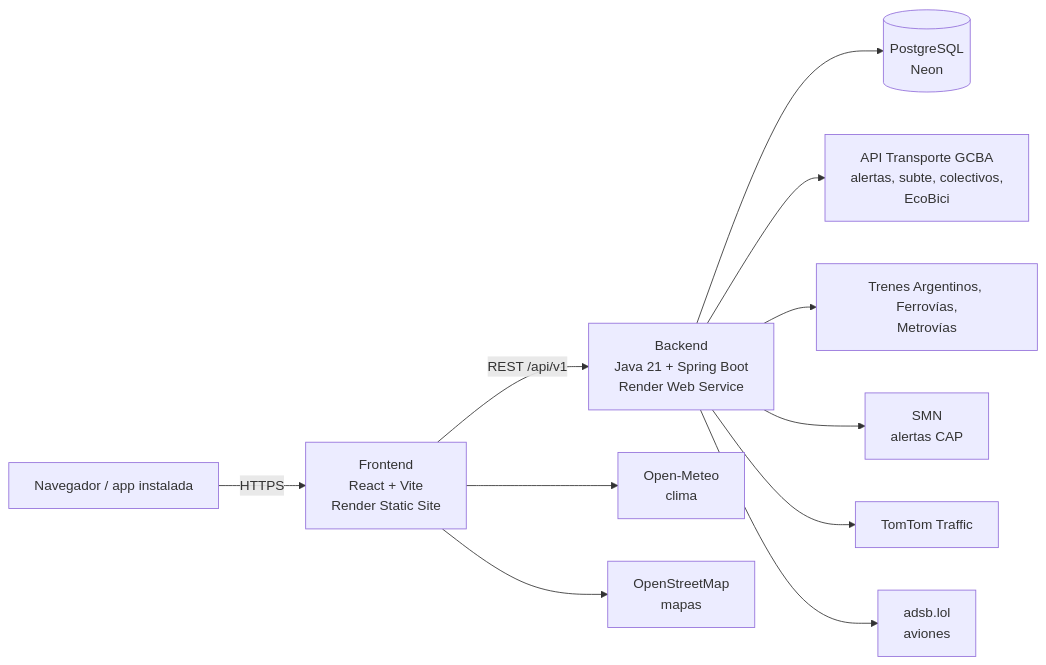
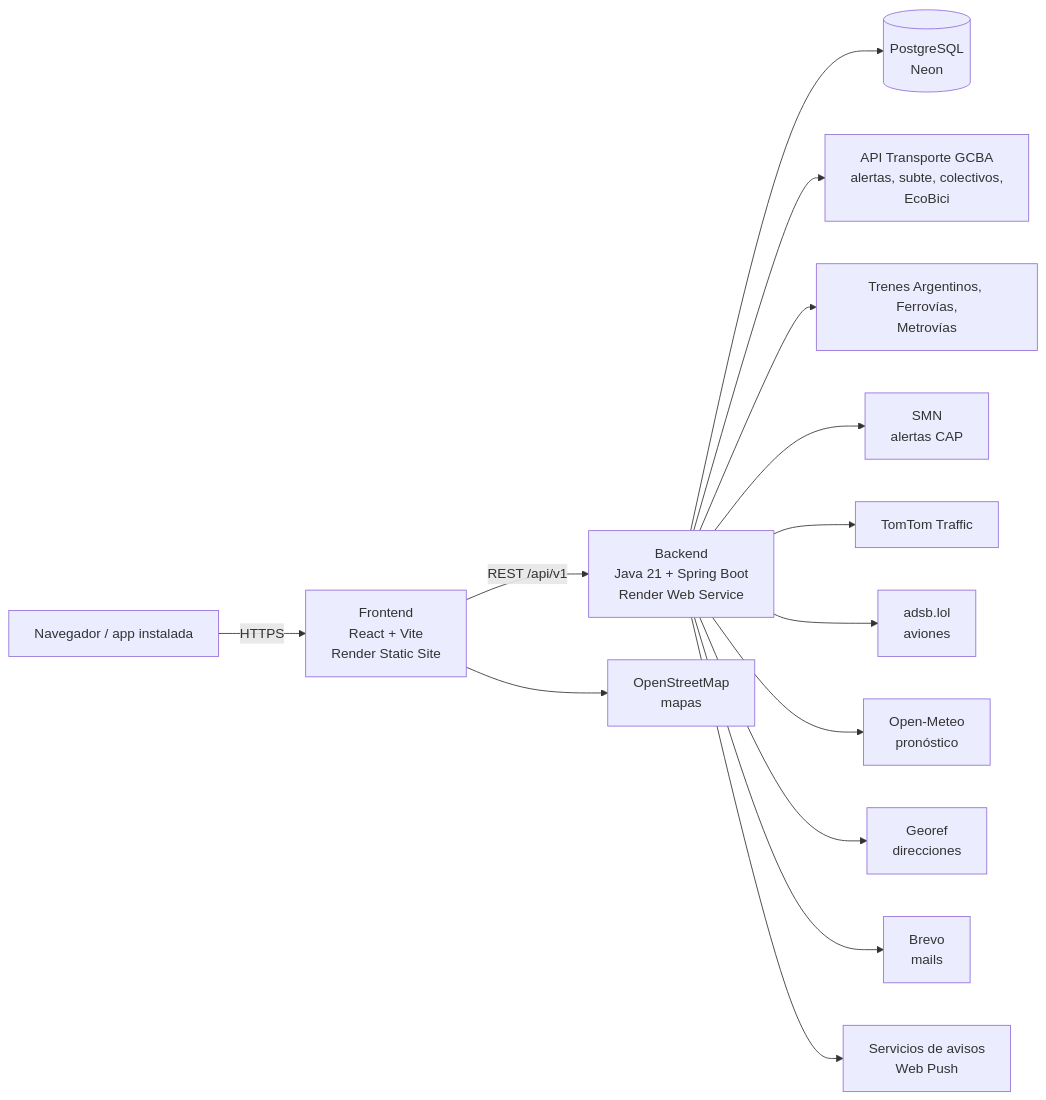
One commit to guilleguevara245/ba-transit changed the diagram in README.md. Above: the diagram before and after it, drawn with Mermaid. The commit also changed other lines of this file and 1 other file, not shown here.

````diff
--- a/README.md
+++ b/README.md
@@ -97,13 +99,16 @@
 ```mermaid
 flowchart LR
     U[Navegador / app instalada] -->|HTTPS| F[Frontend<br>React + Vite<br>Render Static Site]
     F -->|REST /api/v1| B[Backend<br>Java 21 + Spring Boot<br>Render Web Service]
     B --> DB[(PostgreSQL<br>Neon)]
     B --> T[API Transporte GCBA<br>alertas, subte, colectivos,<br>EcoBici]
     B --> TR[Trenes Argentinos, Ferrovías,<br>Metrovías]
     B --> SMN[SMN<br>alertas CAP]
     B --> TT[TomTom Traffic]
     B --> AD[adsb.lol<br>aviones]
-    F --> OM[Open-Meteo<br>clima]
+    B --> OM[Open-Meteo<br>pronóstico]
+    B --> GR[Georef<br>direcciones]
+    B --> BR[Brevo<br>mails]
+    B --> WP[Servicios de avisos<br>Web Push]
     F --> OSM[OpenStreetMap<br>mapas]
 ```
````
